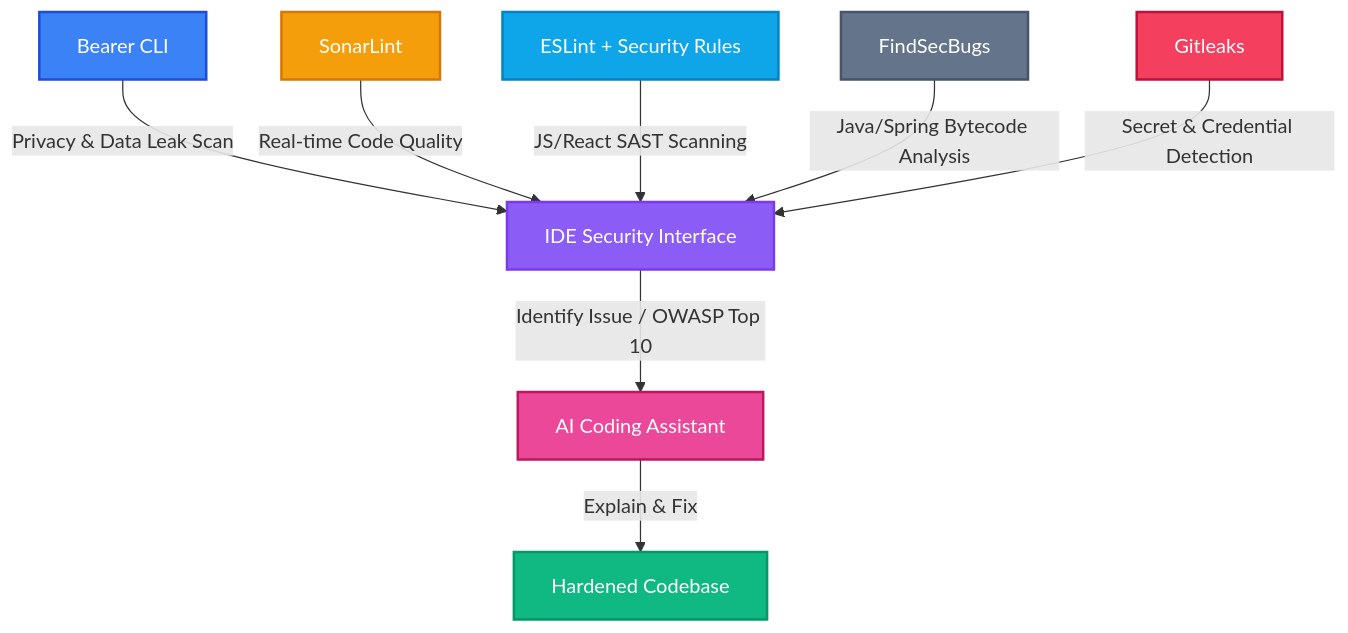
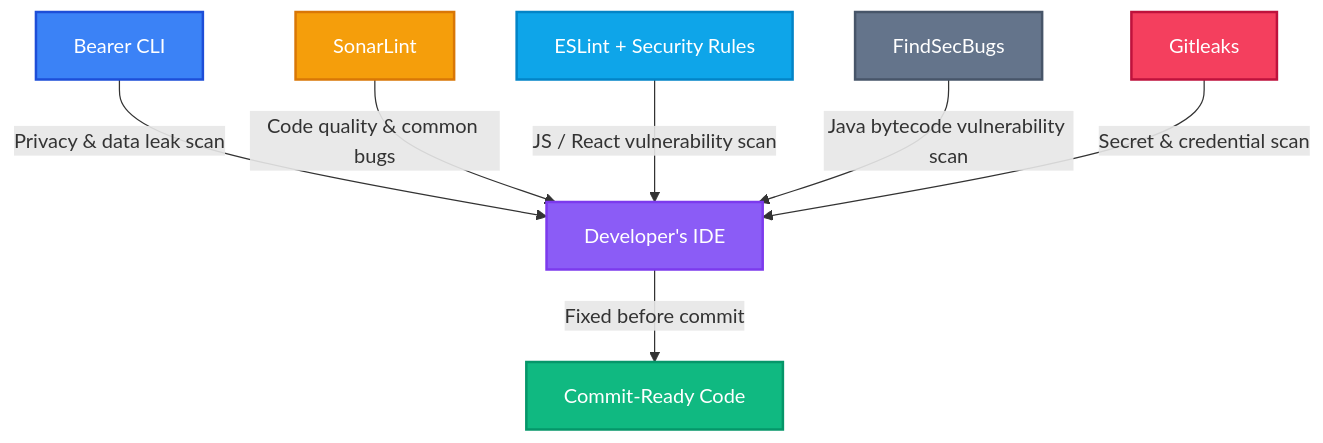
One commit to dimk1301/Guides changed the second of 3 diagrams in test-guide.md. Above: the diagram before and after it, drawn with Mermaid. The commit also changed other lines of this file, not shown here.

First line of the commit message:
Revise DevSecOps guide for clarity and updates

````diff
--- a/test-guide.md
+++ b/test-guide.md
@@ -127,20 +108,19 @@
 ```mermaid
 flowchart TD
-    A[Bearer CLI] -->|Privacy & Data Leak Scan| E[IDE Security Interface]
-    B[SonarLint] -->|Real-time Code Quality| E
-    C[ESLint + Security Rules] -->|JS/React SAST Scanning| E
-    D[FindSecBugs] -->|Java/Spring Bytecode Analysis| E
-    H[Gitleaks] -->|Secret & Credential Detection| E
+    A[Bearer CLI] -->|Privacy & data leak scan| E[Developer's IDE]
+    B[SonarLint] -->|Code quality & common bugs| E
+    C[ESLint + Security Rules] -->|JS / React vulnerability scan| E
+    D[FindSecBugs] -->|Java bytecode vulnerability scan| E
+    H[Gitleaks] -->|Secret & credential scan| E
 
-    E -->|Identify Issue / OWASP Top 10| F[AI Coding Assistant]
-    F -->|Explain & Fix| G[Hardened Codebase]
+    E -->|Fixed before commit| G[Commit-Ready Code]
 
     style A fill:#3B82F6,stroke:#1D4ED8,stroke-width:2px,color:#fff
     style B fill:#F59E0B,stroke:#D97706,stroke-width:2px,color:#fff
     style C fill:#0ea5e9,stroke:#0284c7,stroke-width:2px,color:#fff
     style D fill:#64748b,stroke:#475569,stroke-width:2px,color:#fff
     style H fill:#F43F5E,stroke:#BE123C,stroke-width:2px,color:#fff
     style E fill:#8B5CF6,stroke:#7C3AED,stroke-width:2px,color:#fff
-    style F fill:#EC4899,stroke:#BE185D,stroke-width:2px,color:#fff
     style G fill:#10B981,stroke:#059669,stroke-width:2px,color:#fff
+
 ```
````
